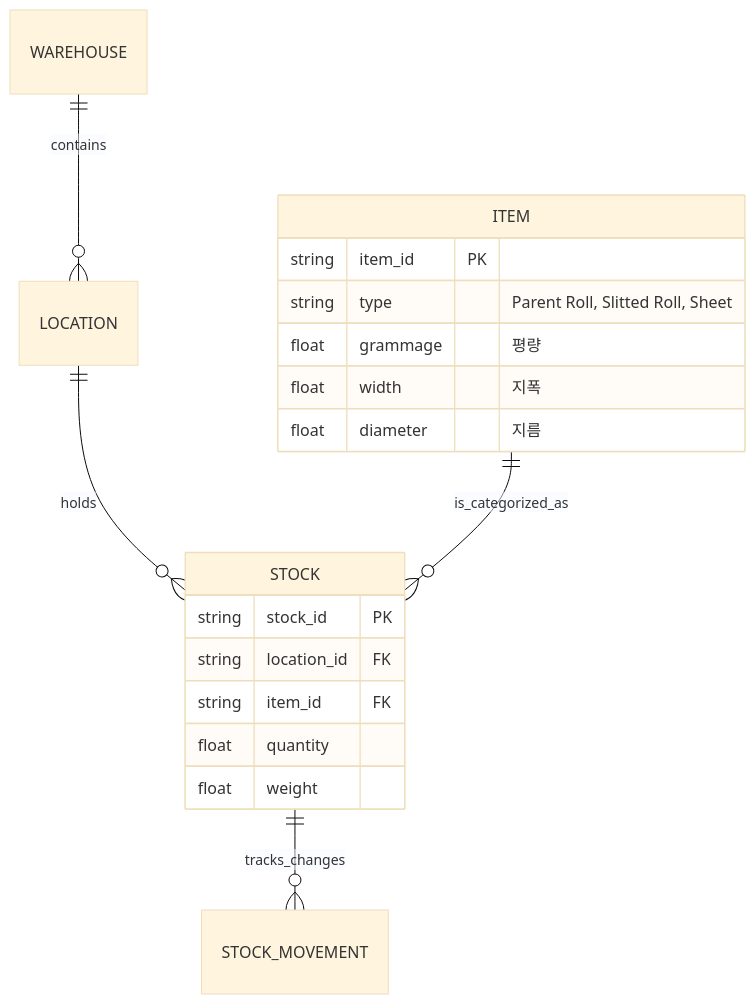
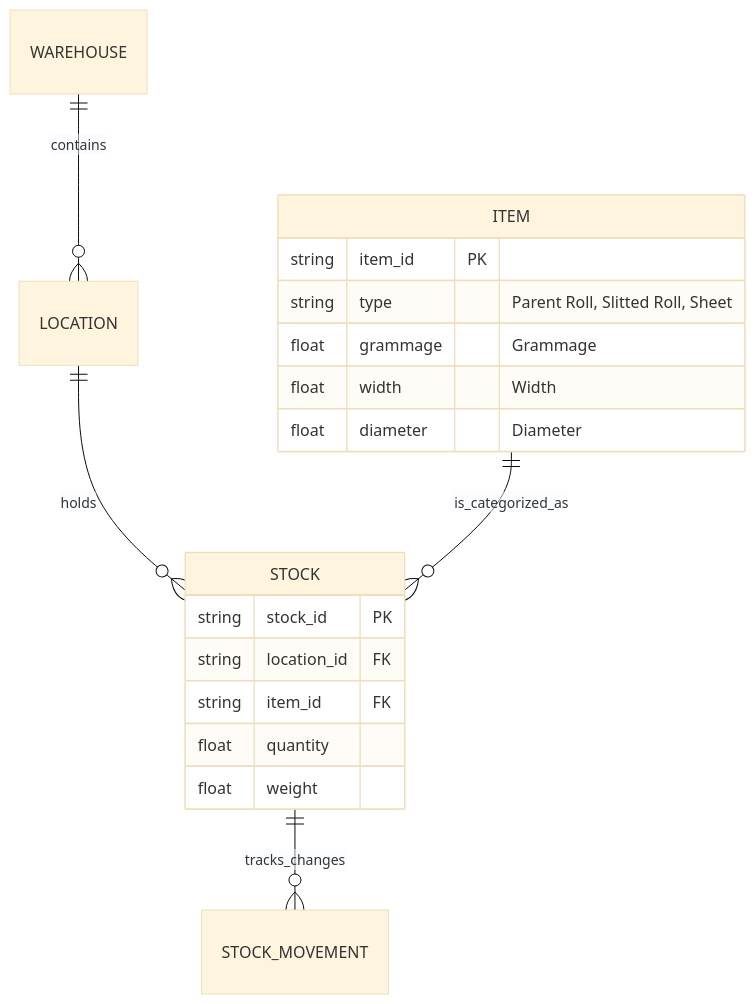
One commit to ftrskuk/chisan-platform changed the first of 2 diagrams in docs/03-modules/inventory.md. Above: the diagram before and after it, drawn with Mermaid (base theme). The commit also changed other lines of this file and 36 other files, not shown here.

````diff
--- a/docs/03-modules/inventory.md
+++ b/docs/03-modules/inventory.md
@@ -17,21 +20,21 @@
 ```mermaid
 erDiagram
     WAREHOUSE ||--o{ LOCATION : "contains"
     LOCATION ||--o{ STOCK : "holds"
     ITEM ||--o{ STOCK : "is_categorized_as"
     STOCK ||--o{ STOCK_MOVEMENT : "tracks_changes"
     ITEM {
         string item_id PK
         string type "Parent Roll, Slitted Roll, Sheet"
-        float grammage "평량"
-        float width "지폭"
-        float diameter "지름"
+        float grammage "Grammage"
+        float width "Width"
+        float diameter "Diameter"
     }
     STOCK {
         string stock_id PK
         string location_id FK
         string item_id FK
         float quantity
         float weight
     }
 ```
````
